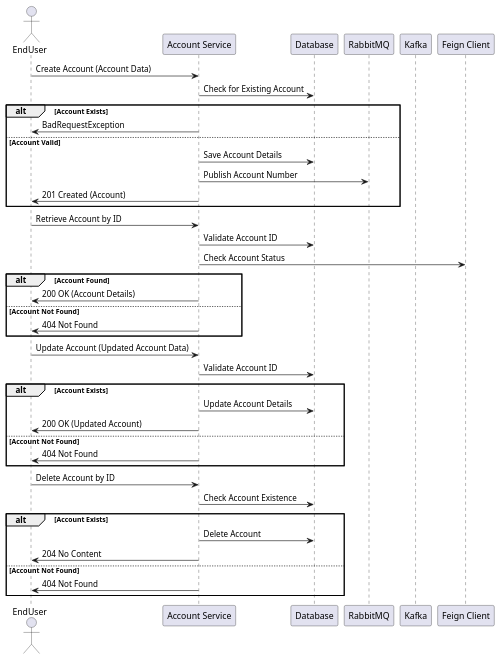
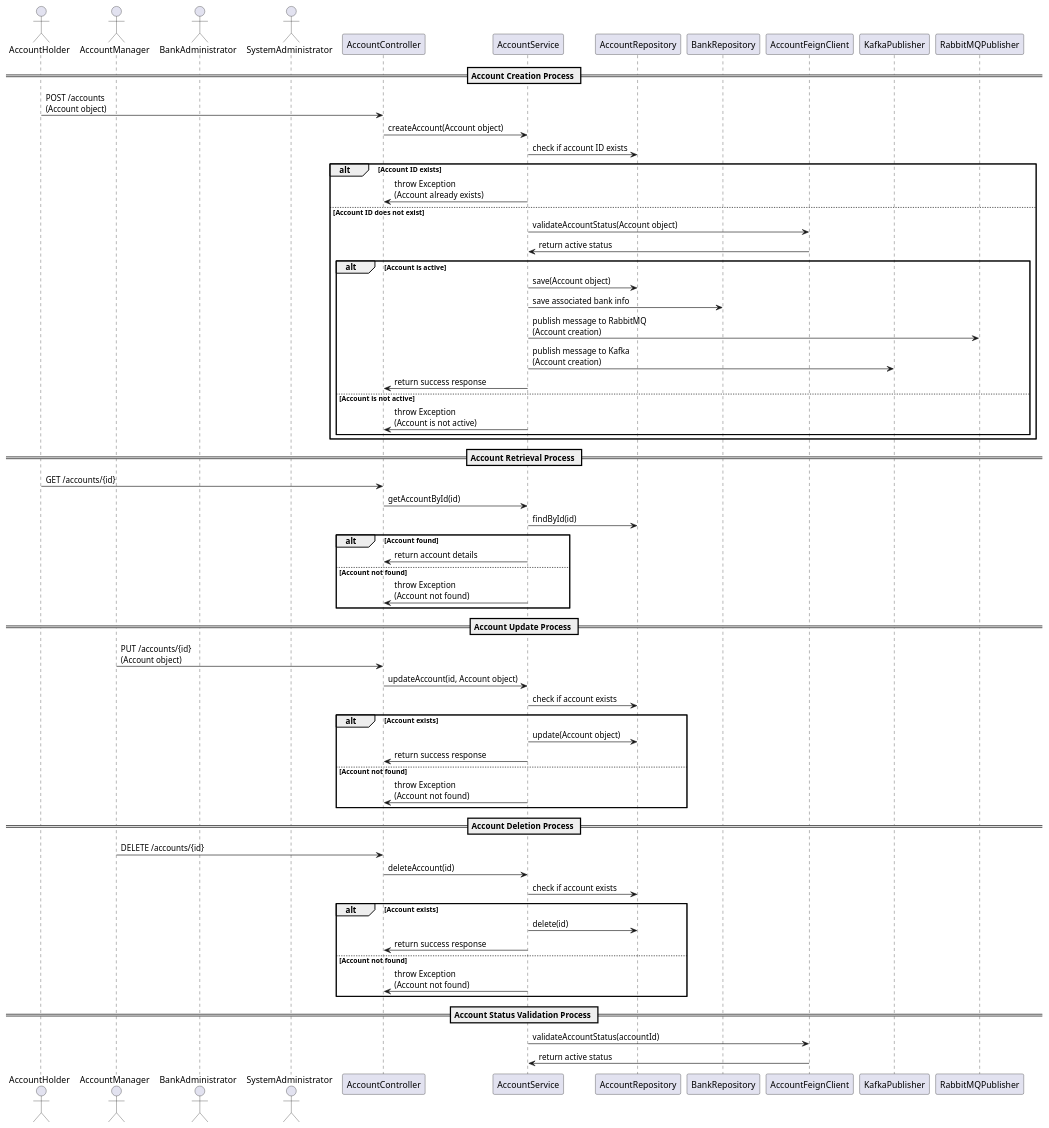
The diagram in design_document/Account_service.md (Bhaskar-Pavan/AccountService), drawn with PlantUML before and after one commit. The commit also changed other lines of this file, not shown here.

````diff
--- a/design_document/Account_service.md
+++ b/design_document/Account_service.md
@@ -40,48 +57,72 @@
 ```plantuml
 @startuml
-actor EndUser as User
-participant "Account Service" as Service
-participant "Database" as DB
-participant "RabbitMQ" as Rabbit
-participant "Kafka" as Kafka
-participant "Feign Client" as FeignClient
+actor AccountHolder as AH
+actor AccountManager as AM
+actor BankAdministrator as BA
+actor SystemAdministrator as SA
+participant "AccountController" as AC
+participant "AccountService" as AS
+participant "AccountRepository" as AR
+participant "BankRepository" as BR
+participant "AccountFeignClient" as AFC
+participant "KafkaPublisher" as KP
+participant "RabbitMQPublisher" as RP
 
-User -> Service: Create Account (Account Data)
-Service -> DB: Check for Existing Account
-alt Account Exists
-    Service -> User: BadRequestException
-else Account Valid
-    Service -> DB: Save Account Details
-    Service -> Rabbit: Publish Account Number
-    Service -> User: 201 Created (Account)
+== Account Creation Process ==
+AH -> AC : POST /accounts\n(Account object)
+AC -> AS : createAccount(Account object)
+AS -> AR : check if account ID exists
+alt Account ID exists
+    AS -> AC : throw Exception\n(Account already exists)
+else Account ID does not exist
+    AS -> AFC : validateAccountStatus(Account object)
+    AFC -> AS : return active status
+    alt Account is active
+        AS -> AR : save(Account object)
+        AS -> BR : save associated bank info
+        AS -> RP : publish message to RabbitMQ\n(Account creation)
+        AS -> KP : publish message to Kafka\n(Account creation)
+        AS -> AC : return success response
+    else Account is not active
+        AS -> AC : throw Exception\n(Account is not active)
+    end
 end
 
-User -> Service: Retrieve Account by ID
-Service -> DB: Validate Account ID
-Service -> FeignClient: Check Account Status
-alt Account Found
-    Service -> User: 200 OK (Account Details)
-else Account Not Found
-    Service -> User: 404 Not Found
+== Account Retrieval Process ==
+AH -> AC : GET /accounts/{id}
+AC -> AS : getAccountById(id)
+AS -> AR : findById(id)
+alt Account found
+    AS -> AC : return account details
+else Account not found
+    AS -> AC : throw Exception\n(Account not found)
 end
 
-User -> Service: Update Account (Updated Account Data)
-Service -> DB: Validate Account ID
-alt Account Exists
-    Service -> DB: Update Account Details
-    Service -> User: 200 OK (Updated Account)
-else Account Not Found
-    Service -> User: 404 Not Found
+== Account Update Process ==
+AM -> AC : PUT /accounts/{id}\n(Account object)
+AC -> AS : updateAccount(id, Account object)
+AS -> AR : check if account exists
+alt Account exists
+    AS -> AR : update(Account object)
+    AS -> AC : return success response
+else Account not found
+    AS -> AC : throw Exception\n(Account not found)
 end
 
-User -> Service: Delete Account by ID
-Service -> DB: Check Account Existence
-alt Account Exists
-    Service -> DB: Delete Account
-    Service -> User: 204 No Content
-else Account Not Found
-    Service -> User: 404 Not Found
+== Account Deletion Process ==
+AM -> AC : DELETE /accounts/{id}
+AC -> AS : deleteAccount(id)
+AS -> AR : check if account exists
+alt Account exists
+    AS -> AR : delete(id)
+    AS -> AC : return success response
+else Account not found
+    AS -> AC : throw Exception\n(Account not found)
 end
+
+== Account Status Validation Process ==
+AS -> AFC : validateAccountStatus(accountId)
+AFC -> AS : return active status
 
 @enduml
 ```
````
